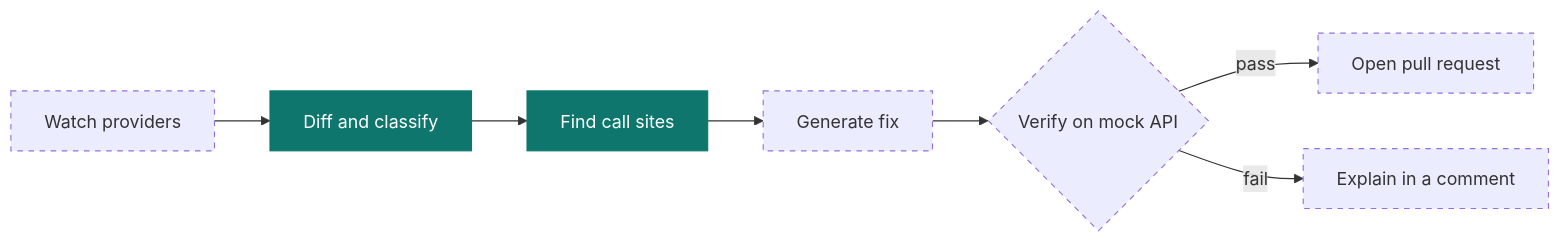
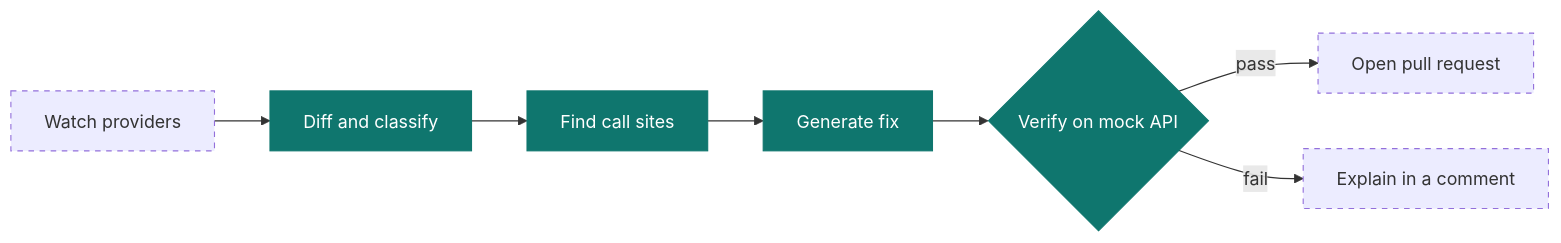
The diagram in README.md (RedHairPirates007/apimend), drawn with Mermaid before and after one commit. The commit also changed other lines of this file, not shown here.

Commit message:
Docs: document apimend fix, update diagram and roadmap

````diff
--- a/README.md
+++ b/README.md
@@ -155,14 +206,14 @@
 ```mermaid
 flowchart LR
     A[Watch providers] --> B[Diff and classify]
     B --> C[Find call sites]
     C --> D[Generate fix]
     D --> E{Verify on mock API}
     E -- pass --> F[Open pull request]
     E -- fail --> G[Explain in a comment]
 
     classDef done fill:#0F766E,stroke:#0F766E,color:#ffffff
     classDef planned stroke-dasharray:5 5
-    class B,C done
-    class A,D,E,F,G planned
+    class B,C,D,E done
+    class A,F,G planned
 ```
````
